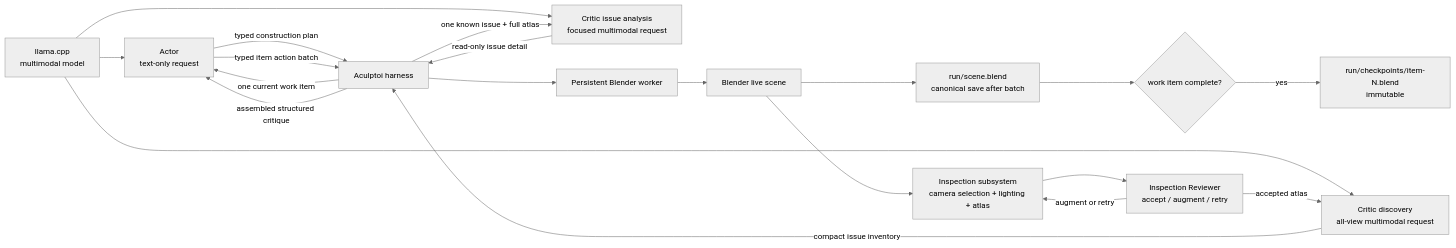
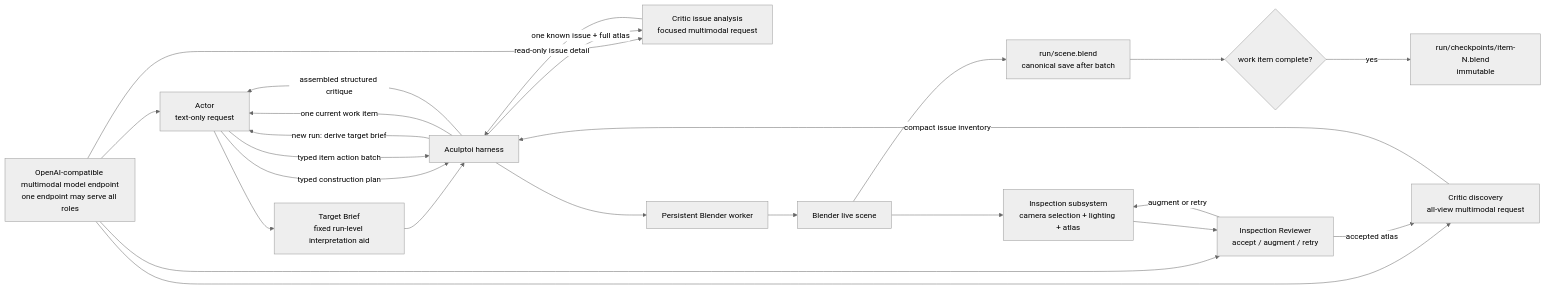
The first of 2 diagrams in docs/architecture.md (ifranlaloe/Aculptoi), drawn with Mermaid (neutral theme) before and after one commit. The commit also changed other lines of this file and 40 other files, not shown here.

````diff
--- a/docs/architecture.md
+++ b/docs/architecture.md
@@ -5,22 +7,26 @@
 ```mermaid
 flowchart LR
-    M[llama.cpp\nmultimodal model] --> A[Actor\ntext-only request]
+    M[OpenAI-compatible multimodal model endpoint\none endpoint may serve all roles] --> A[Actor\ntext-only request]
+    M --> I[Inspection Reviewer\naccept / augment / retry]
     M --> D[Critic discovery\nall-view multimodal request]
     M --> F[Critic issue analysis\nfocused multimodal request]
-    A -->|typed construction plan| H[Aculptoi harness]
+    H[Aculptoi harness] -->|new run: derive target brief| A
+    A --> T[Target Brief\nfixed run-level interpretation aid]
+    T --> H
+    A -->|typed construction plan| H
     H -->|one current work item| A
     A -->|typed item action batch| H
     H --> W[Persistent Blender worker]
     W --> B[Blender live scene]
     B --> S[run/scene.blend\ncanonical save after batch]
     S --> Q{work item complete?}
     Q -->|yes| K[run/checkpoints/item-N.blend\nimmutable]
     B --> R[Inspection subsystem\ncamera selection + lighting + atlas]
-    R --> I[Inspection Reviewer\naccept / augment / retry]
+    R --> I
     I -->|accepted atlas| D
     I -->|augment or retry| R
     D -->|compact issue inventory| H
     H -->|one known issue + full atlas| F
     F -->|read-only issue detail| H
     H -->|assembled structured critique| A
 ```
````
